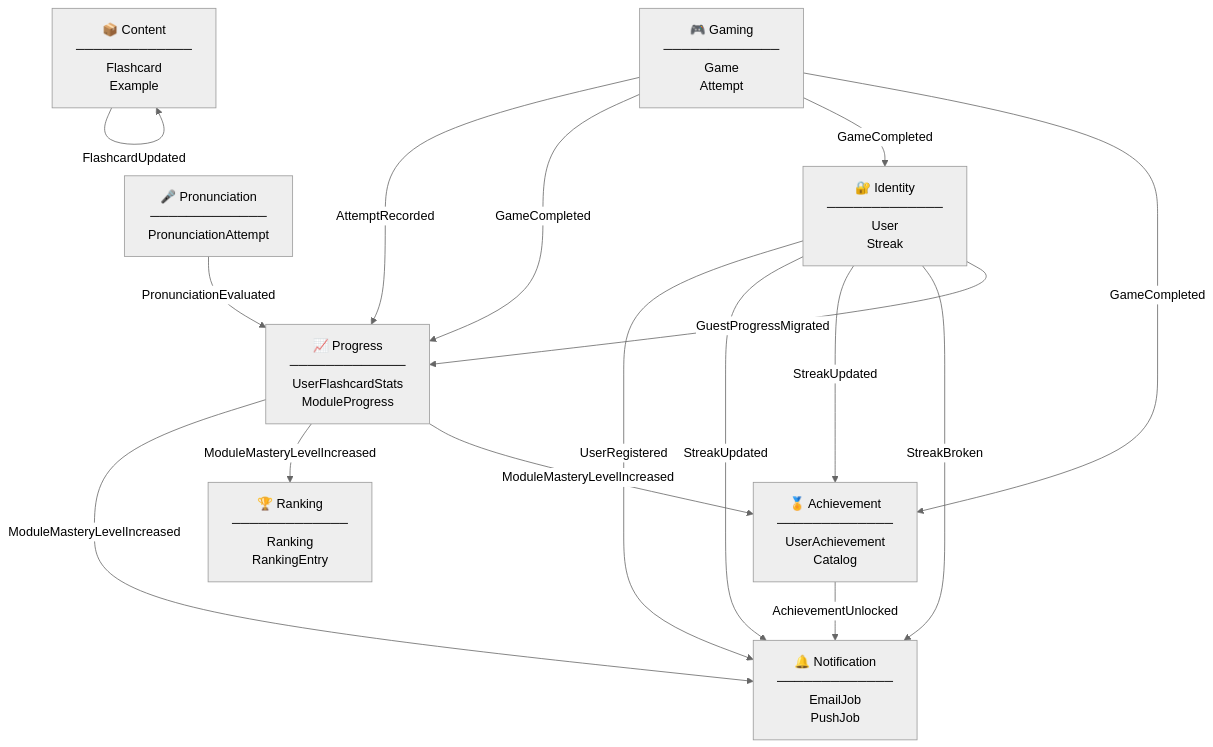
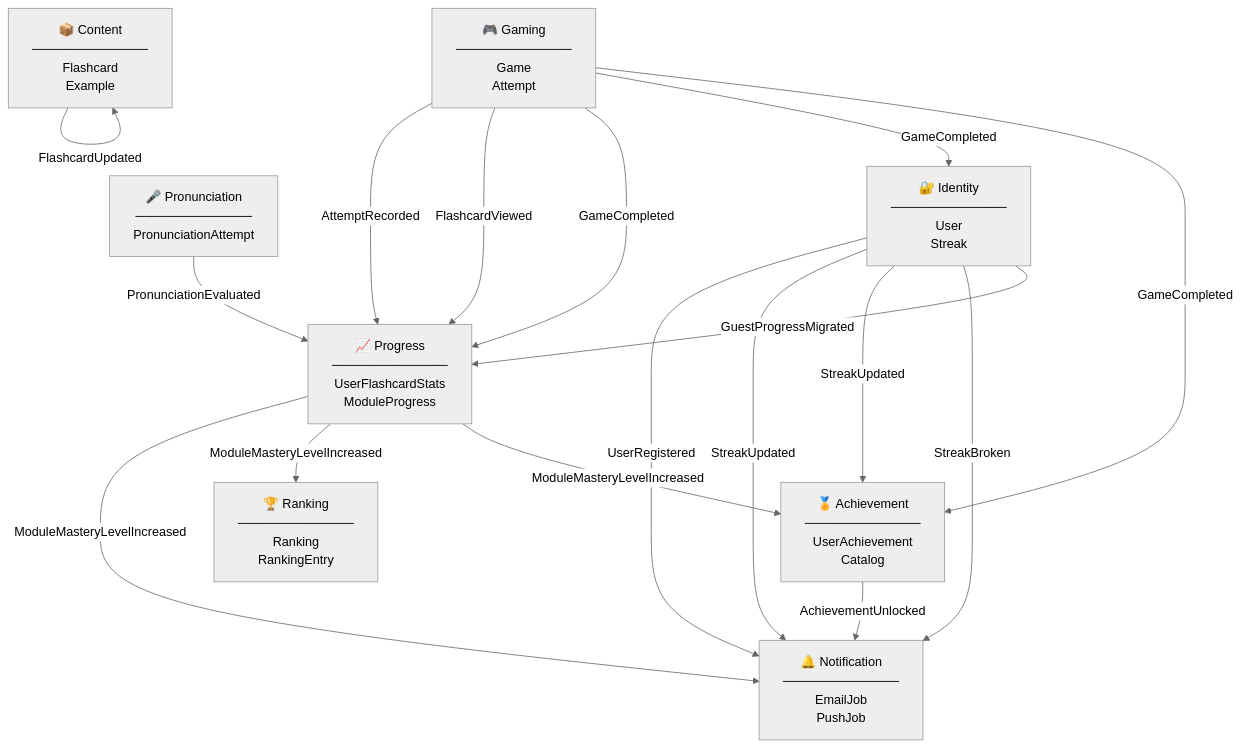
One commit to AbrahamVilchesDeLaCruz/ididntcatchthat changed the diagram in docs/domain/bounded-contexts.md. Above: the diagram before and after it, drawn with Mermaid (neutral theme). The commit also changed other lines of this file and 2 other files, not shown here.

Commit message:
fix(api): include study views in random module batch on complete
Random study sessions only produce game_views, not attempts. Batch
ModuleProgress recalc on GameCompleted now unions both sources.

````diff
--- a/docs/domain/bounded-contexts.md
+++ b/docs/domain/bounded-contexts.md
@@ -9,33 +9,34 @@
 ```mermaid
 graph TB
     Identity["🔐 Identity\n─────────────\nUser\nStreak"]
     Content["📦 Content\n─────────────\nFlashcard\nExample"]
     Gaming["🎮 Gaming\n─────────────\nGame\nAttempt"]
     Progress["📈 Progress\n─────────────\nUserFlashcardStats\nModuleProgress"]
     Achievement["🏅 Achievement\n─────────────\nUserAchievement\nCatalog"]
     Pronunciation["🎤 Pronunciation\n─────────────\nPronunciationAttempt"]
     Ranking["🏆 Ranking\n─────────────\nRanking\nRankingEntry"]
     Notification["🔔 Notification\n─────────────\nEmailJob\nPushJob"]
 
     Gaming -->|AttemptRecorded| Progress
+    Gaming -->|FlashcardViewed| Progress
     Gaming -->|GameCompleted| Progress
     Gaming -->|GameCompleted| Identity
     Gaming -->|GameCompleted| Achievement
 
     Content -->|FlashcardCreated| Content
     Content -->|FlashcardUpdated| Content
 
     Identity -->|UserRegistered| Notification
     Identity -->|StreakUpdated| Notification
     Identity -->|StreakUpdated| Achievement
     Identity -->|StreakBroken| Notification
     Identity -->|GuestProgressMigrated| Progress
 
     Progress -->|ModuleMasteryLevelIncreased| Notification
     Progress -->|ModuleMasteryLevelIncreased| Ranking
     Progress -->|ModuleMasteryLevelIncreased| Achievement
 
     Achievement -->|AchievementUnlocked| Notification
 
     Pronunciation -->|PronunciationEvaluated| Progress
 ```
````
